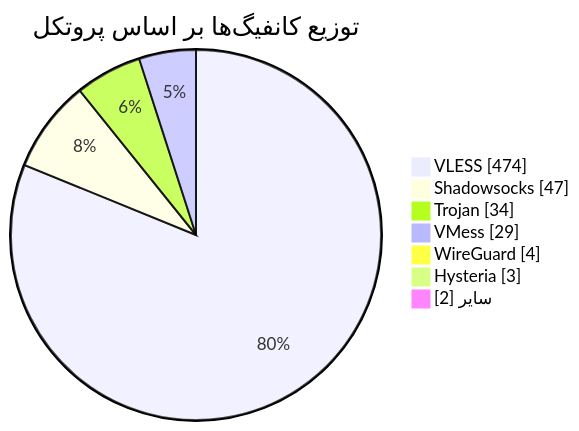
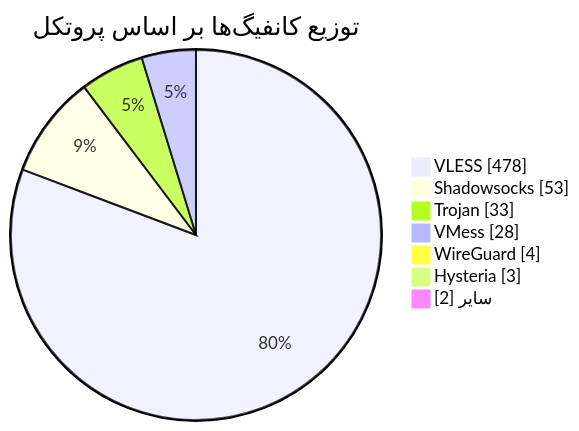
Before and after one commit to Arian-Alijani/Somthing: the diagram in README.md, drawn with Mermaid. The commit also changed other lines of this file and 17 other files, not shown here.

````diff
--- a/README.md
+++ b/README.md
@@ -49,11 +49,11 @@
 ```mermaid
 pie showData
     title توزیع کانفیگ‌ها بر اساس پروتکل
-    "VLESS" : 474
-    "Shadowsocks" : 47
-    "Trojan" : 34
-    "VMess" : 29
+    "VLESS" : 478
+    "Shadowsocks" : 53
+    "Trojan" : 33
+    "VMess" : 28
     "WireGuard" : 4
     "Hysteria" : 3
     "سایر" : 2
 ```
````
